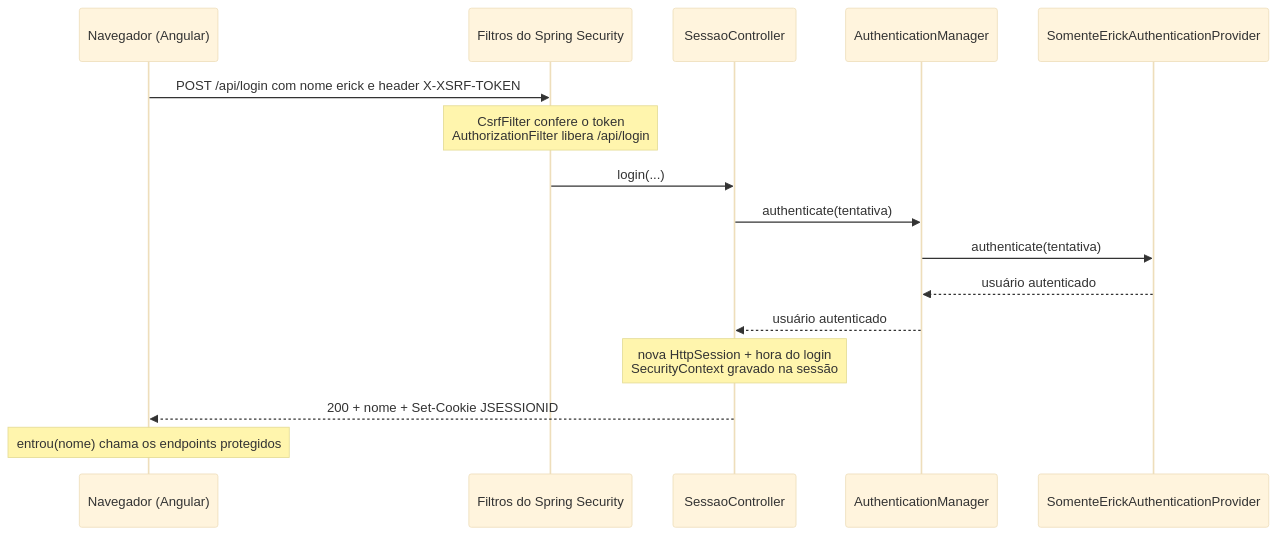
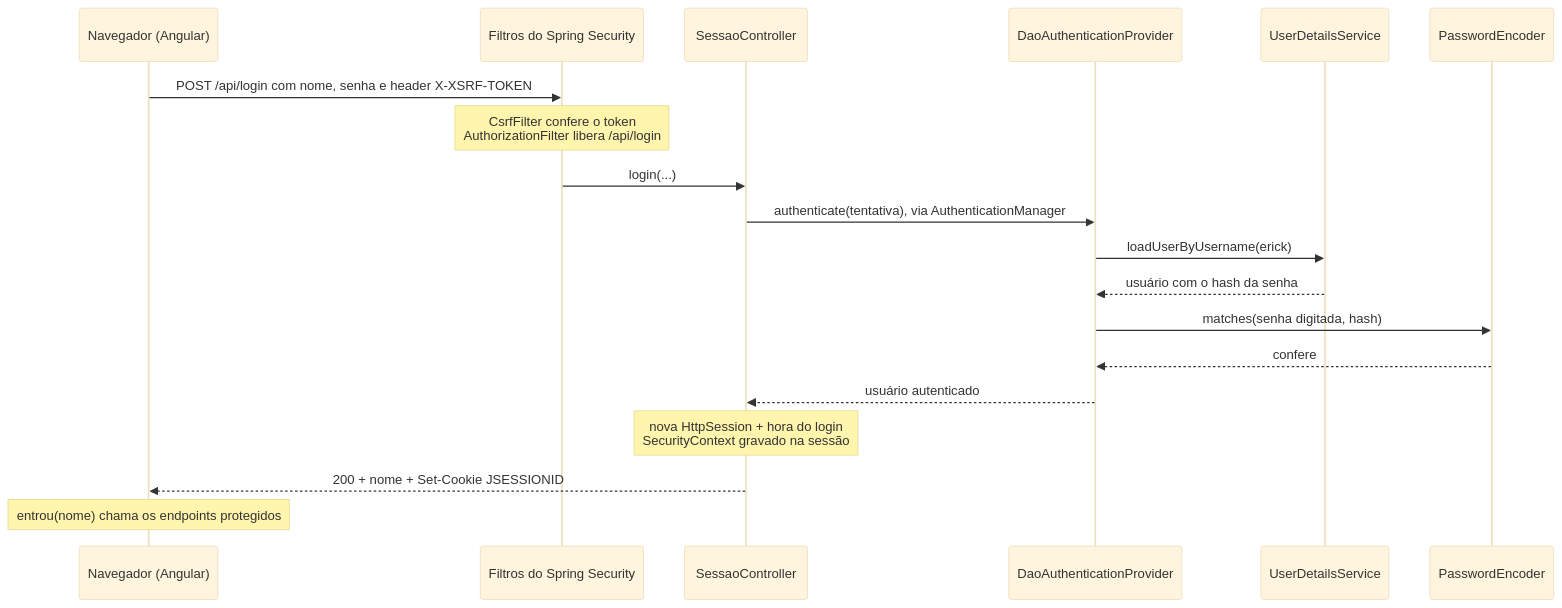
The fourth of 5 diagrams in CURSO.md (erickdeoliveiraleal/hello-angular), drawn with Mermaid (base theme) before and after one commit. The commit also changed other lines of this file and 9 other files, not shown here.

First line of the commit message:
Login com usuário e senha

````diff
--- a/CURSO.md
+++ b/CURSO.md
@@ -808,18 +849,21 @@
 ```mermaid
 sequenceDiagram
     participant N as Navegador (Angular)
     participant F as Filtros do Spring Security
     participant C as SessaoController
-    participant M as AuthenticationManager
-    participant PR as SomenteErickAuthenticationProvider
-    N->>F: POST /api/login com nome erick e header X-XSRF-TOKEN
+    participant M as DaoAuthenticationProvider
+    participant U as UserDetailsService
+    participant E as PasswordEncoder
+    N->>F: POST /api/login com nome, senha e header X-XSRF-TOKEN
     Note over F: CsrfFilter confere o token<br/>AuthorizationFilter libera /api/login
     F->>C: login(...)
-    C->>M: authenticate(tentativa)
-    M->>PR: authenticate(tentativa)
-    PR-->>M: usuário autenticado
+    C->>M: authenticate(tentativa), via AuthenticationManager
+    M->>U: loadUserByUsername(erick)
+    U-->>M: usuário com o hash da senha
+    M->>E: matches(senha digitada, hash)
+    E-->>M: confere
     M-->>C: usuário autenticado
     Note over C: nova HttpSession + hora do login<br/>SecurityContext gravado na sessão
     C-->>N: 200 + nome + Set-Cookie JSESSIONID
     Note over N: entrou(nome) chama os endpoints protegidos
 ```
````
